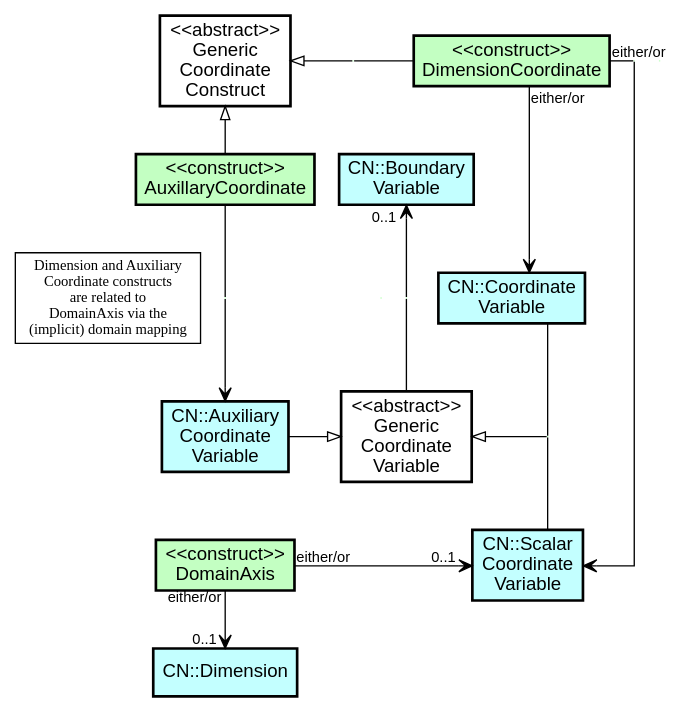
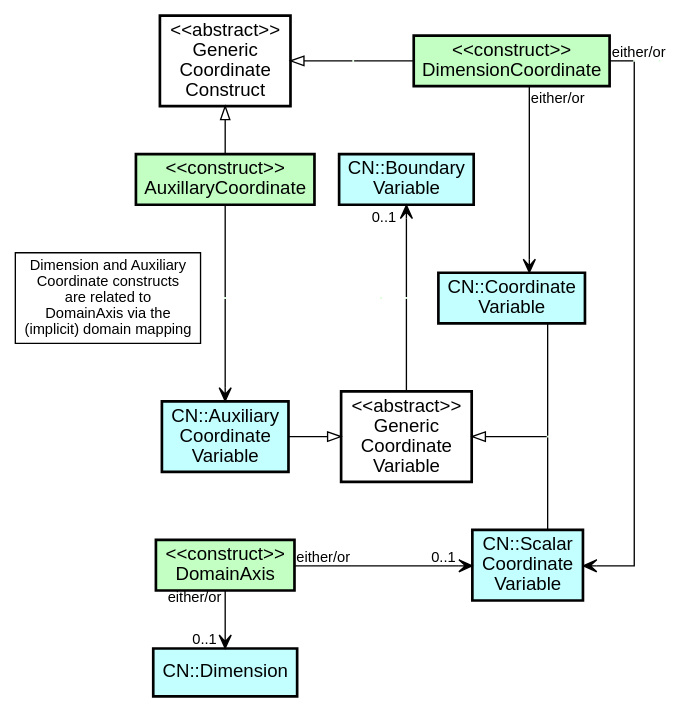
Before and after one commit to cf-convention/cf-conventions: the diagram in images/cfdm_coordinates.gv, drawn with Graphviz. The commit also changed 1 other file, not shown here.

```diff
--- a/images/cfdm_coordinates.gv
+++ b/images/cfdm_coordinates.gv
@@ -1,148 +1,148 @@
 # ====================================================================
 # Source code for cfdm_coordinates.png
 # ====================================================================
 
 digraph {splines=ortho nodesep="+0.25"
 	
 node [
      style="filled,bold"
      shape=rectangle
      fillcolor="#C3FFC2"
      width=1.0
      height=0.5
      fontname="Arial"
      ]
 
 # --------------------------------------------------------------------
 # Notes
 # --------------------------------------------------------------------
 Note [
                style=filled
 	       fillcolor=white
 	       label="Dimension and Auxiliary\nCoordinate constructs
 are related to\nDomainAxis via the\n(implicit) domain mapping"
 	       fontsize="11.0"
-	       fontname="Arial italic"
+	       fontname="Arial"
 	       ]
 
 # --------------------------------------------------------------------
 # CF-netCDF variables
 # --------------------------------------------------------------------
 BoundaryVariable [
 	       fillcolor="#C3FFFF"
 	       label="CN::Boundary\nVariable"
 	       ]
 CoordinateVariable [
 	     fillcolor="#C3FFFF"
 	     label="CN::Coordinate\nVariable"
 	     ]
 
 AuxiliaryCoordinateVariable [
 	     fillcolor="#C3FFFF"
 	     label="CN::Auxiliary\nCoordinate\nVariable"
 	     ]
 
 ScalarCoordinateVariable [
 	     fillcolor="#C3FFFF"
 	     label="CN::Scalar\nCoordinate\nVariable"
 	     ]
 
 Dimension [
 	     fillcolor="#C3FFFF"
 	     label="CN::Dimension"
 	     ]
 
 GenericCoordinateVariable [
 		  label="<<abstract>>\nGeneric\nCoordinate\nVariable"
 		  fillcolor=white
 		  ]
 
 # --------------------------------------------------------------------
 # CF data model constructs
 # --------------------------------------------------------------------
 GenericCoordinateConstruct [
 		  label="<<abstract>>\nGeneric\nCoordinate\nConstruct"
 		  fillcolor=white
 		  ]
 DomainAxis [
 	   label="<<construct>>\nDomainAxis"
 	   ]
 AuxiliaryCoordinate [
 		    label="<<construct>>\nAuxillaryCoordinate"
 		    ]
 DimensionCoordinate [
 		    label="<<construct>>\nDimensionCoordinate"
 		    ]
 
 # --------------------------------------------------------------------
 # Invisible nodes used to aid in layout
 # --------------------------------------------------------------------
 node [
      width=0
      height=0
      size=fixed
      shape=none
      label=""
      ]
 route1
 route2
 route3
 route4
 route5
 route6
 
 edge [arrowtail=none
       arrowhead=vee
       dir=both
       arrowsize=1.0
       fontname="Arial"
       labelfontsize=11.0
       ]
 
 GenericCoordinateConstruct -> route1 [arrowtail=empty arrowhead=none]
 route1 -> DimensionCoordinate [arrowhead=none]
 GenericCoordinateConstruct -> AuxiliaryCoordinate [arrowtail=empty
 			                           arrowhead=none
 					 	   weight=100]
 AuxiliaryCoordinate -> route2 [arrowhead=none weight=100]
 route2 -> AuxiliaryCoordinateVariable [weight=100]
 DimensionCoordinate -> CoordinateVariable [weight=100 
                                            taillabel="                  either/or"
 					   labeldistance=1.1
 					   ]
 
 AuxiliaryCoordinateVariable -> GenericCoordinateVariable [arrowtail=none
 			                                  arrowhead=empty]
 BoundaryVariable -> route3 [arrowtail=vee arrowhead=none weight=100
 		            taillabel="0..1        " labeldistance=1.1]
 route3 -> GenericCoordinateVariable [arrowhead=none weight=100]
 
 {rank=same; GenericCoordinateConstruct, route1, DimensionCoordinate, route6}
 {rank=same; AuxiliaryCoordinate, BoundaryVariable}
 {rank=same; AuxiliaryCoordinateVariable, GenericCoordinateVariable, route4}
 {rank=same; Note, route2, route3, CoordinateVariable}
 {rank=same; DomainAxis, ScalarCoordinateVariable}	    
 
 GenericCoordinateVariable -> route4 [arrowtail=empty arrowhead=none]
 route4 -> CoordinateVariable  [arrowhead=none weight=100]
 route4 -> ScalarCoordinateVariable [arrowhead=none weight=100]
 
 DomainAxis -> Dimension [weight=100
 	      		 taillabel=" either/or "
  			 headlabel="0..1  "]
 DomainAxis -> ScalarCoordinateVariable [taillabel=" either/or"
 					headlabel="0..1    "]
 
 DimensionCoordinate -> route6 [arrowhead=none taillabel=" either/or"]
 route6 -> ScalarCoordinateVariable []
 
 # --------------------------------------------------------------------
 # Invisible edges used to aid in layout
 # --------------------------------------------------------------------
 route3 -> CoordinateVariable [style=invis]
 ScalarCoordinateVariable -> CoordinateVariable [style=invis weight=100]
 AuxiliaryCoordinateVariable -> DomainAxis [style=invis weight=100]
 EitherOr -> GenericCoordinateVariable [style=invis]
 
 
 }
```
